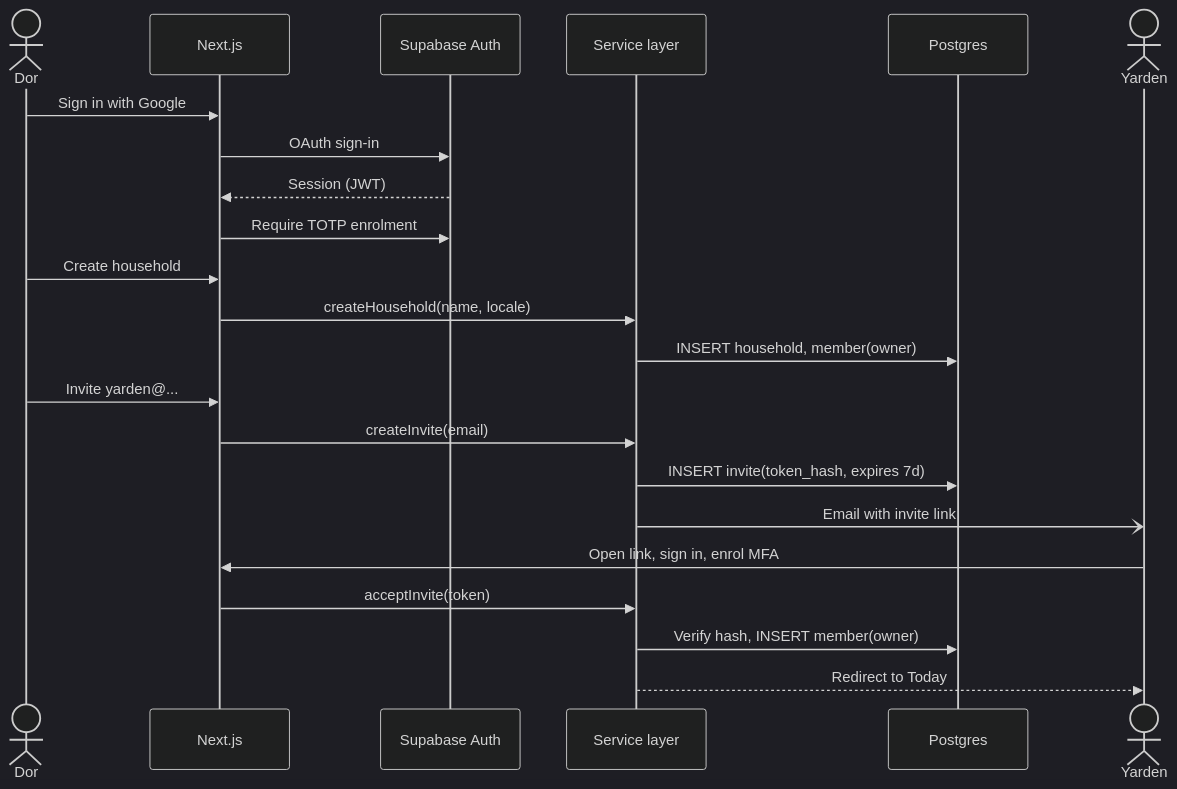
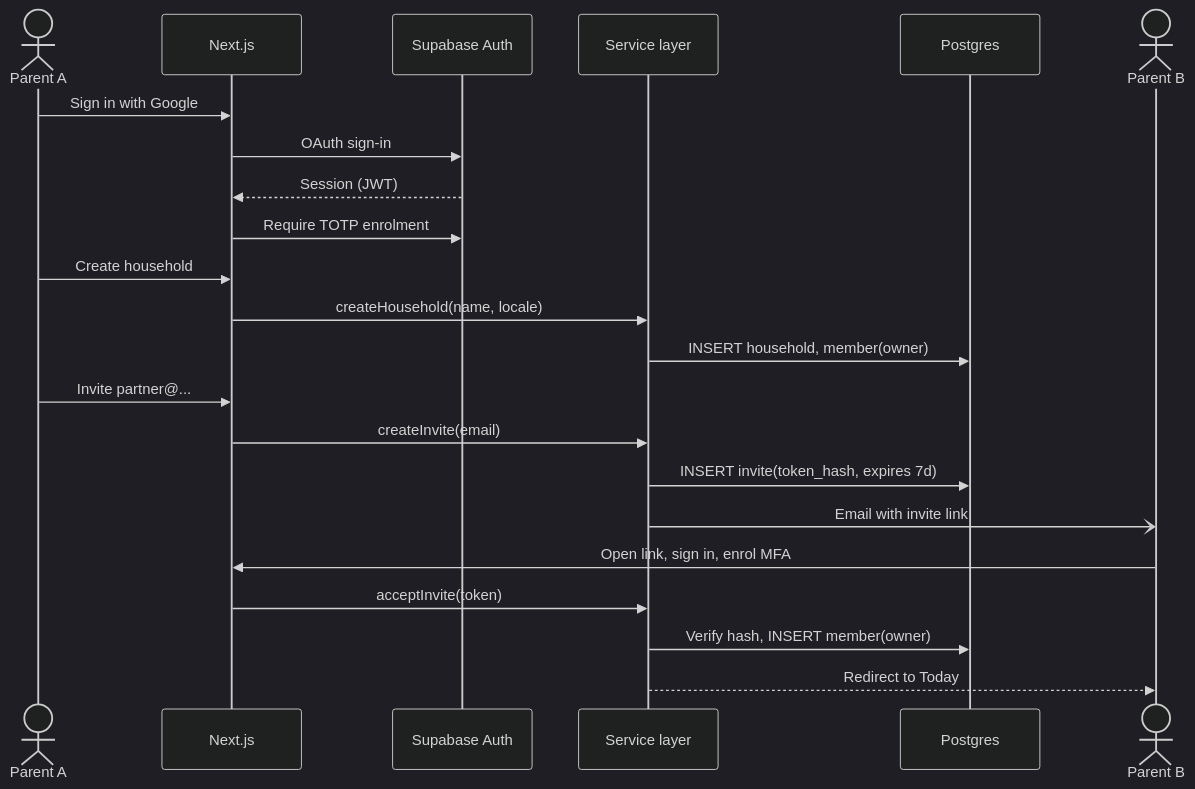
One commit to DorFerenc/Kenn changed the diagram in docs/diagrams/sequence-auth-invite.mmd. Above: the diagram before and after it, drawn with Mermaid (dark theme). The commit also changed 18 other files, not shown here.

```diff
--- a/docs/diagrams/sequence-auth-invite.mmd
+++ b/docs/diagrams/sequence-auth-invite.mmd
@@ -1,22 +1,22 @@
 sequenceDiagram
-  actor D as Dor
+  actor D as Parent A
   participant W as Next.js
   participant AU as Supabase Auth
   participant S as Service layer
   participant DB as Postgres
-  actor Y as Yarden
+  actor Y as Parent B
   D->>W: Sign in with Google
   W->>AU: OAuth sign-in
   AU-->>W: Session (JWT)
   W->>AU: Require TOTP enrolment
   D->>W: Create household
   W->>S: createHousehold(name, locale)
   S->>DB: INSERT household, member(owner)
-  D->>W: Invite yarden@...
+  D->>W: Invite partner@...
   W->>S: createInvite(email)
   S->>DB: INSERT invite(token_hash, expires 7d)
   S-)Y: Email with invite link
   Y->>W: Open link, sign in, enrol MFA
   W->>S: acceptInvite(token)
   S->>DB: Verify hash, INSERT member(owner)
   S-->>Y: Redirect to Today
```
